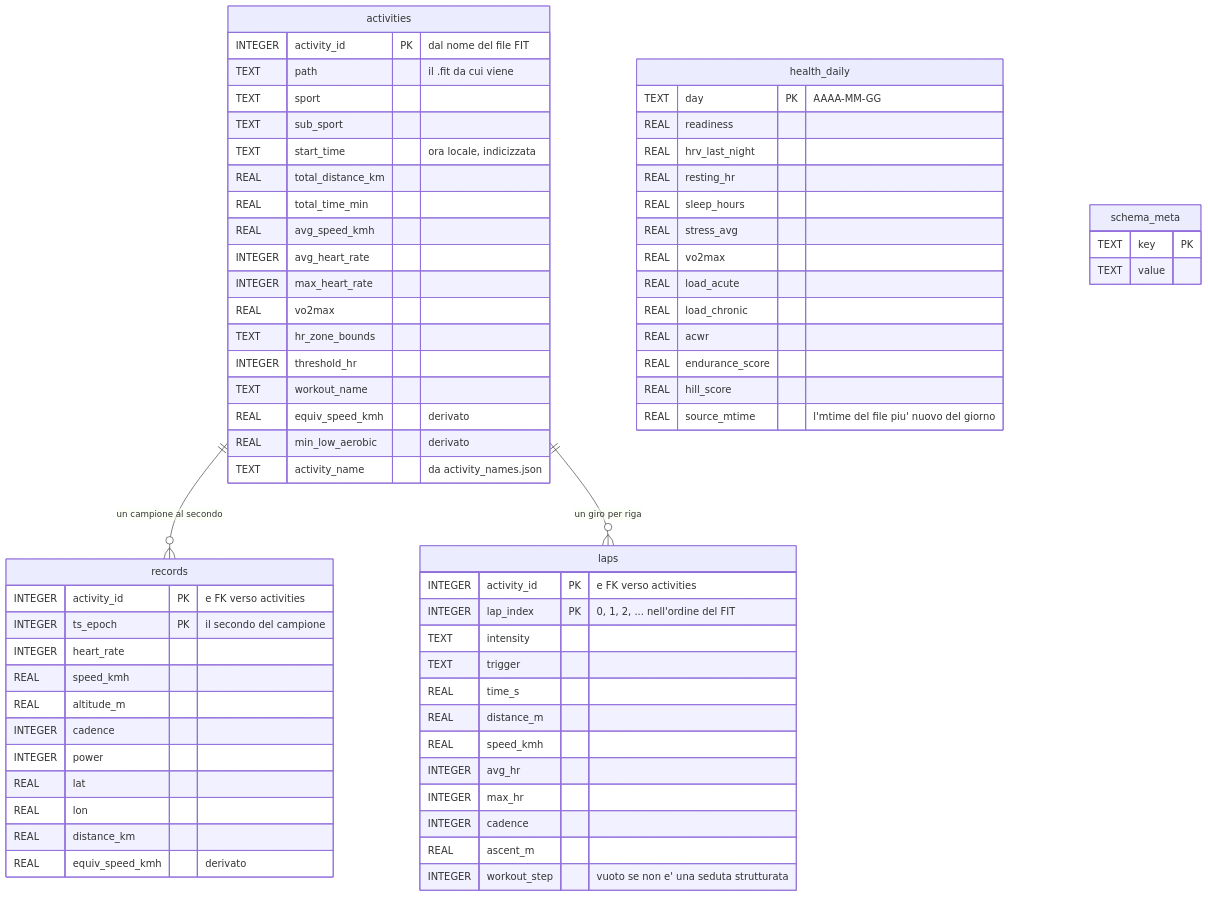
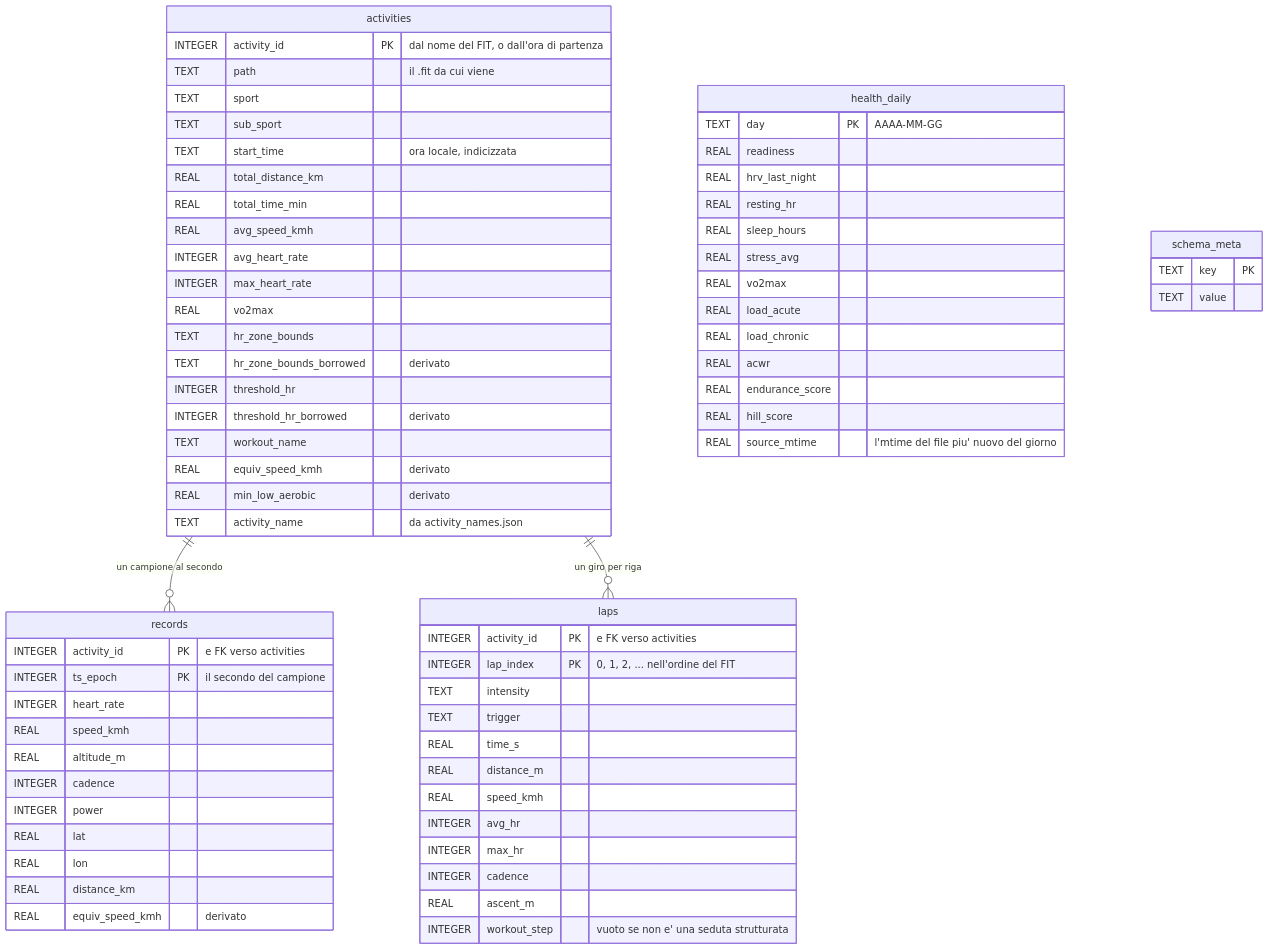
Before and after one commit to andreaspano/athlos: the diagram in docs/data.md, drawn with Mermaid. The commit also changed other lines of this file and 9 other files, not shown here.

````diff
--- a/docs/data.md
+++ b/docs/data.md
@@ -174,75 +193,77 @@
 ```mermaid
 erDiagram
     activities ||--o{ records : "un campione al secondo"
     activities ||--o{ laps    : "un giro per riga"
 
     activities {
-        INTEGER activity_id PK "dal nome del file FIT"
+        INTEGER activity_id PK "dal nome del FIT, o dall'ora di partenza"
         TEXT    path           "il .fit da cui viene"
         TEXT    sport
         TEXT    sub_sport
         TEXT    start_time     "ora locale, indicizzata"
         REAL    total_distance_km
         REAL    total_time_min
         REAL    avg_speed_kmh
         INTEGER avg_heart_rate
         INTEGER max_heart_rate
         REAL    vo2max
         TEXT    hr_zone_bounds
+        TEXT    hr_zone_bounds_borrowed "derivato"
         INTEGER threshold_hr
+        INTEGER threshold_hr_borrowed   "derivato"
         TEXT    workout_name
         REAL    equiv_speed_kmh "derivato"
         REAL    min_low_aerobic "derivato"
         TEXT    activity_name   "da activity_names.json"
     }
 
     records {
         INTEGER activity_id PK "e FK verso activities"
         INTEGER ts_epoch    PK "il secondo del campione"
         INTEGER heart_rate
         REAL    speed_kmh
         REAL    altitude_m
         INTEGER cadence
         INTEGER power
         REAL    lat
         REAL    lon
         REAL    distance_km
         REAL    equiv_speed_kmh "derivato"
     }
 
     laps {
         INTEGER activity_id PK "e FK verso activities"
         INTEGER lap_index   PK "0, 1, 2, ... nell'ordine del FIT"
         TEXT    intensity
         TEXT    trigger
         REAL    time_s
         REAL    distance_m
         REAL    speed_kmh
         INTEGER avg_hr
         INTEGER max_hr
         INTEGER cadence
         REAL    ascent_m
         INTEGER workout_step "vuoto se non e' una seduta strutturata"
     }
 
     health_daily {
         TEXT day PK "AAAA-MM-GG"
         REAL readiness
         REAL hrv_last_night
         REAL resting_hr
         REAL sleep_hours
         REAL stress_avg
         REAL vo2max
         REAL load_acute
         REAL load_chronic
         REAL acwr
         REAL endurance_score
         REAL hill_score
         REAL source_mtime "l'mtime del file piu' nuovo del giorno"
     }
 
     schema_meta {
         TEXT key PK
         TEXT value
     }
 ```
````
